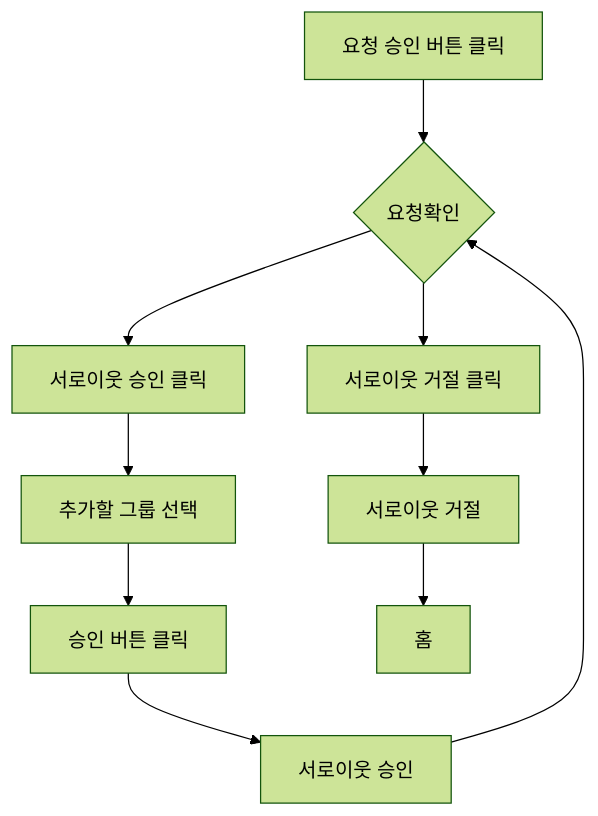
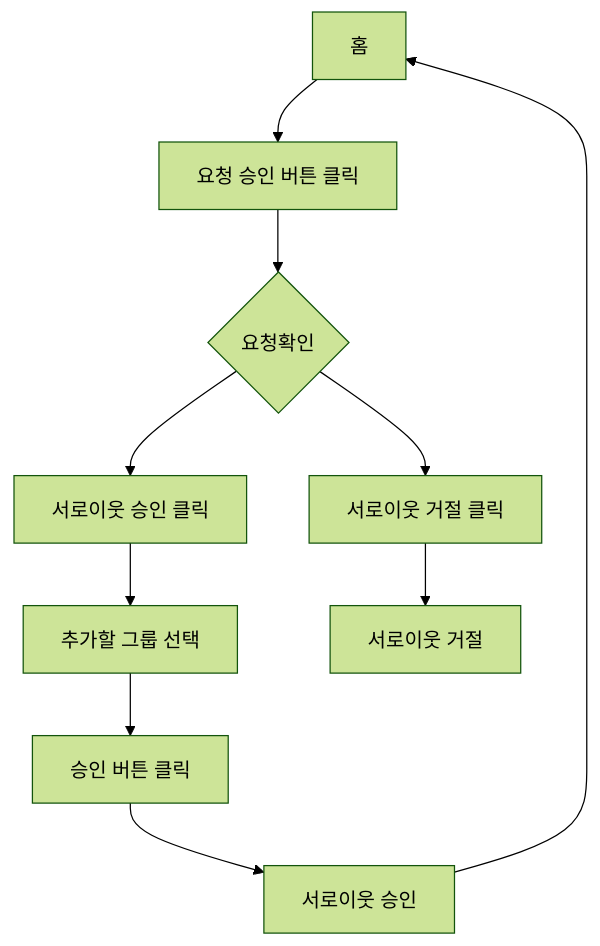
One commit to 95126m/OnboardingProject changed the second of 3 diagrams in 이웃추가/기능정의서.md. Above: the diagram before and after it, drawn with Mermaid (forest theme). The commit also changed other lines of this file and 2 other files, not shown here.

````diff
--- a/이웃추가/기능정의서.md
+++ b/이웃추가/기능정의서.md
@@ -46,4 +40,6 @@
 ```mermaid
 flowchart TD
-    A[요청 승인 버튼 클릭]-->B{요청 확인}-->c[서로이웃 승인 클릭]-->d[추가할 그룹 선택]-->e[승인 버튼 클릭]-->f[서로이웃 승인]-->B{요청확인}-->h[서로이웃 거절 클릭]-->i[서로이웃 거절]-->j[홈]
+    j[홈]-->A[요청 승인 버튼 클릭]-->B{요청 확인}-->c[서로이웃 승인 클릭]-->
+    d[추가할 그룹 선택]-->e[승인 버튼 클릭]-->f[서로이웃 승인]-->j
+    B{요청확인}-->h[서로이웃 거절 클릭]-->i[서로이웃 거절]
 ```
````
